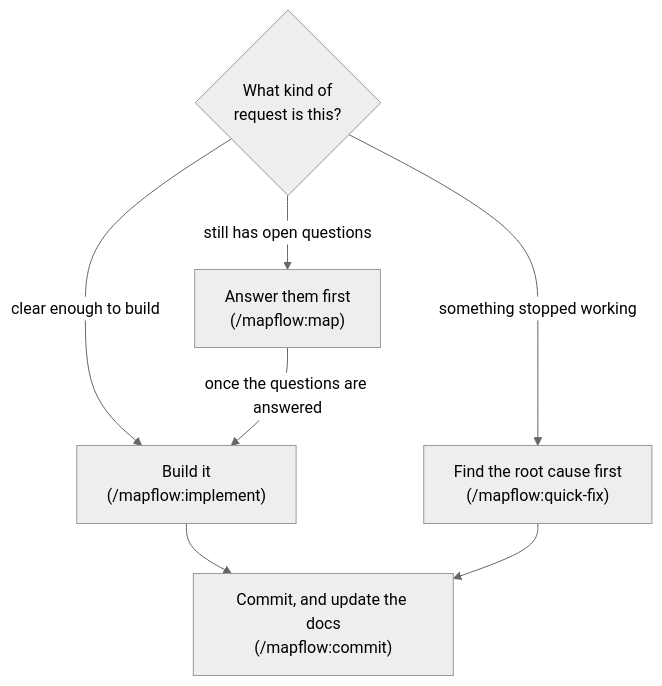
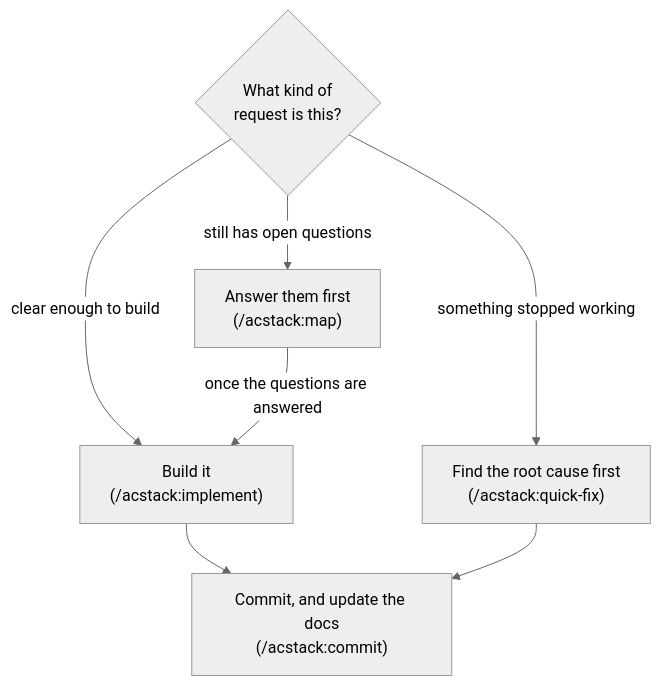
One commit to ac8318740/acstack changed the diagram in README.md. Above: the diagram before and after it, drawn with Mermaid (neutral theme). The commit also changed other lines of this file and 181 other files, not shown here.

````diff
--- a/README.md
+++ b/README.md
@@ -16,9 +16,9 @@
 ```mermaid
 flowchart TD
-    Q{"What kind of<br/>request is this?"} -->|"clear enough to build"| IM["Build it<br/>(/mapflow:implement)"]
-    Q -->|"something stopped working"| QF["Find the root cause first<br/>(/mapflow:quick-fix)"]
-    Q -->|"still has open questions"| MP["Answer them first<br/>(/mapflow:map)"]
+    Q{"What kind of<br/>request is this?"} -->|"clear enough to build"| IM["Build it<br/>(/acstack:implement)"]
+    Q -->|"something stopped working"| QF["Find the root cause first<br/>(/acstack:quick-fix)"]
+    Q -->|"still has open questions"| MP["Answer them first<br/>(/acstack:map)"]
     MP -->|"once the questions are answered"| IM
-    IM --> C["Commit, and update the docs<br/>(/mapflow:commit)"]
+    IM --> C["Commit, and update the docs<br/>(/acstack:commit)"]
     QF --> C
 ```
````
